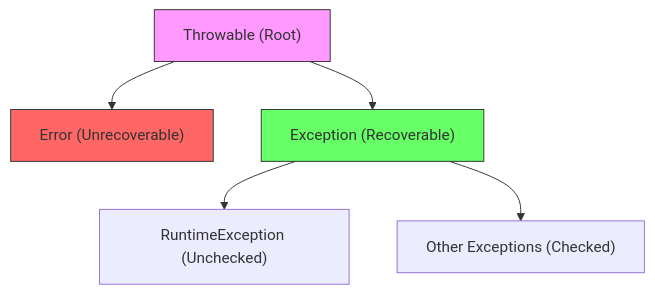
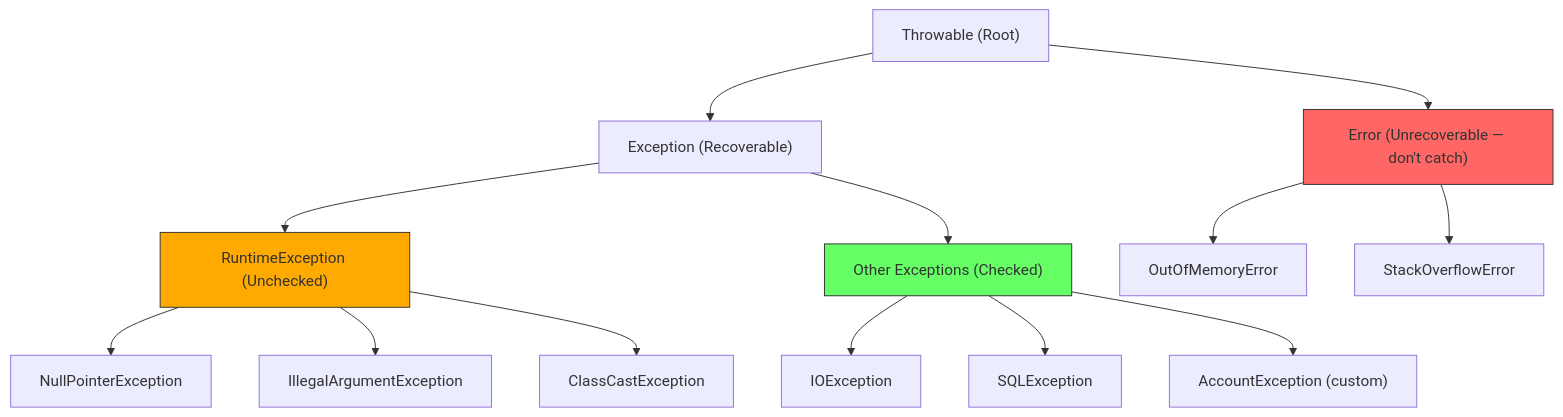
Before and after one commit to newelectronicuser/study_CS: the diagram in Java/01_exceptions.md, drawn with Mermaid. The commit also changed other lines of this file and 1 other file, not shown here.

````diff
--- a/Java/01_exceptions.md
+++ b/Java/01_exceptions.md
@@ -32,11 +13,19 @@
 ```mermaid
 graph TD
-    Throwable["Throwable (Root)"] --> Error["Error (Unrecoverable)"]
+    Throwable["Throwable (Root)"] --> Error["Error (Unrecoverable — don't catch)"]
     Throwable --> Exception["Exception (Recoverable)"]
     Exception --> RuntimeException["RuntimeException (Unchecked)"]
     Exception --> CheckedEx["Other Exceptions (Checked)"]
-    
-    style Throwable fill:#f9f,stroke:#333
+    Error --> OOM["OutOfMemoryError"]
+    Error --> SOE["StackOverflowError"]
+    RuntimeException --> NPE["NullPointerException"]
+    RuntimeException --> IAE["IllegalArgumentException"]
+    RuntimeException --> CCE["ClassCastException"]
+    CheckedEx --> IOException
+    CheckedEx --> SQLException
+    CheckedEx --> AccountException["AccountException (custom)"]
+
     style Error fill:#f66,stroke:#333
-    style Exception fill:#6f6,stroke:#333
+    style RuntimeException fill:#fa0,stroke:#333
+    style CheckedEx fill:#6f6,stroke:#333
 ```
````
